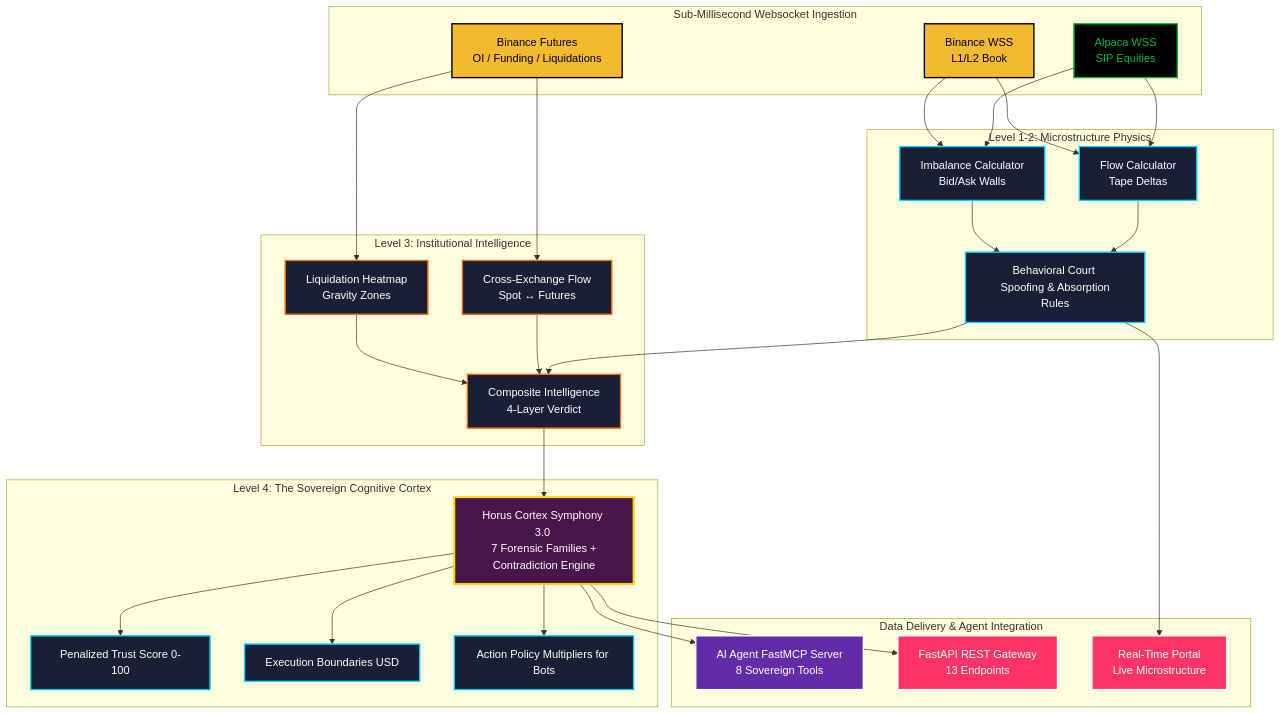
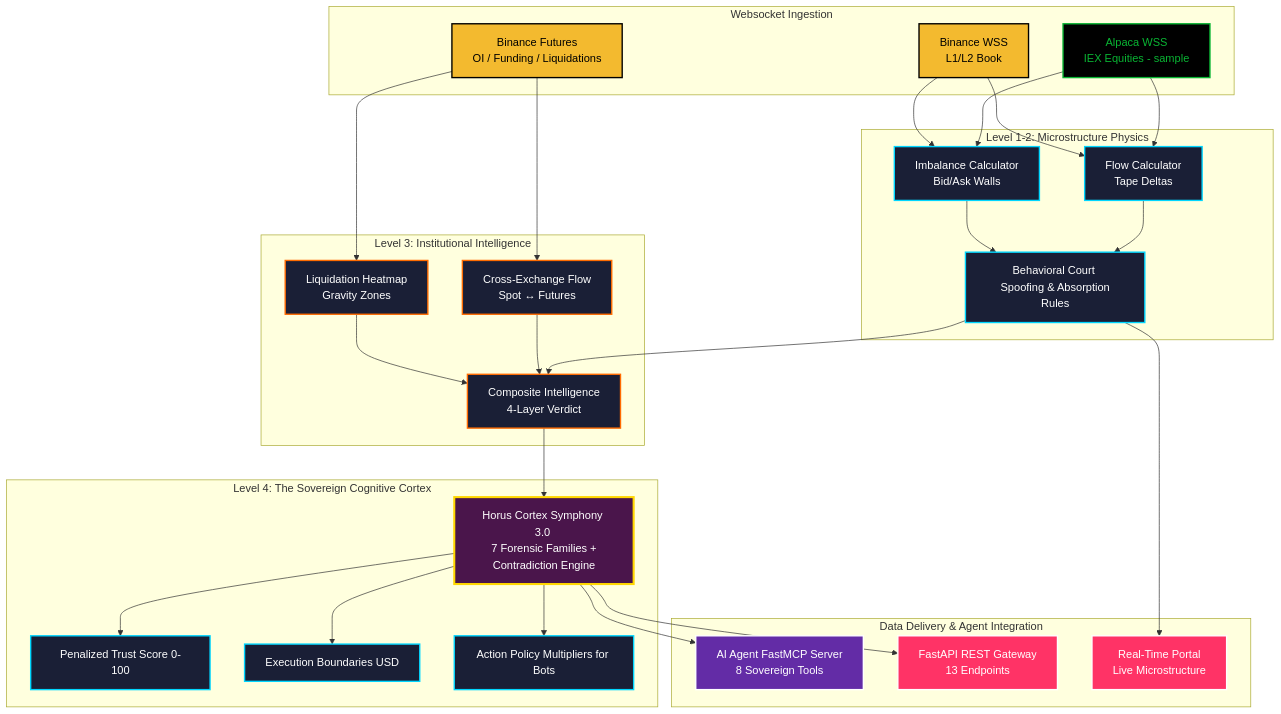
Before and after one commit to horustechltd/horus-flow-mcp: the diagram in static/site/README.md, drawn with Mermaid. The commit also changed other lines of this file and 29 other files, not shown here.

````diff
--- a/static/site/README.md
+++ b/static/site/README.md
@@ -81,69 +80,69 @@
 ```mermaid
 graph TD
     %% Styling
     classDef crypto_stream fill:#F3BA2F,stroke:#000,color:#000,stroke-width:2px;
     classDef equity_stream fill:#000,stroke:#09b533,color:#09b533,stroke-width:2px;
     classDef compute fill:#1A1F36,stroke:#00D6FF,color:#fff,stroke-width:2px;
     classDef level3 fill:#1A1F36,stroke:#FF6B00,color:#fff,stroke-width:2px;
     classDef cortex fill:#4A154B,stroke:#FFD700,color:#fff,stroke-width:3px;
     classDef mcp fill:#632CA6,stroke:#fff,color:#fff,stroke-width:2px;
     classDef client fill:#FF3366,stroke:#fff,color:#fff,stroke-width:2px;
 
     %% Ingestion
-    subgraph Data_Pipelines [Sub-Millisecond Websocket Ingestion]
+    subgraph Data_Pipelines [Websocket Ingestion]
         B[Binance WSS <br/> L1/L2 Book]:::crypto_stream
-        A[Alpaca WSS <br/> SIP Equities]:::equity_stream
+        A[Alpaca WSS <br/> IEX Equities - sample]:::equity_stream
         BF[Binance Futures <br/> OI / Funding / Liquidations]:::crypto_stream
     end
 
     %% Level 1-2 Engine
     subgraph Core_Engine [Level 1-2: Microstructure Physics]
         IC[Imbalance Calculator <br/> Bid/Ask Walls]:::compute
         FC[Flow Calculator <br/> Tape Deltas]:::compute
         BC[Behavioral Court <br/> Spoofing & Absorption Rules]:::compute
     end
 
     %% Level 3 Intelligence
     subgraph L3_Engine [Level 3: Institutional Intelligence]
         LH[Liquidation Heatmap <br/> Gravity Zones]:::level3
         XF[Cross-Exchange Flow <br/> Spot ↔ Futures]:::level3
         CI[Composite Intelligence <br/> 4-Layer Verdict]:::level3
     end
 
     %% Level 4 Cognitive Cortex
     subgraph L4_Cortex [Level 4: The Sovereign Cognitive Cortex]
         HC[Horus Cortex Symphony 3.0 <br/> 7 Forensic Families + Contradiction Engine]:::cortex
         TS[Penalized Trust Score 0-100]:::compute
         EB[Execution Boundaries USD]:::compute
         AP[Action Policy Multipliers for Bots]:::compute
     end
 
     %% Output
     subgraph Output_Layer [Data Delivery & Agent Integration]
         MCP[AI Agent FastMCP Server <br/> 8 Sovereign Tools]:::mcp
         API[FastAPI REST Gateway <br/> 13 Endpoints]:::client
         Dash[Real-Time Portal <br/> Live Microstructure]:::client
     end
 
     B --> IC
     A --> IC
     B --> FC
     A --> FC
     BF --> LH
     BF --> XF
 
     IC --> BC
     FC --> BC
     LH --> CI
     XF --> CI
     BC --> CI
 
     CI --> HC
     HC --> TS
     HC --> EB
     HC --> AP
 
     HC --> MCP
     HC --> API
     BC --> Dash
 ```
````
